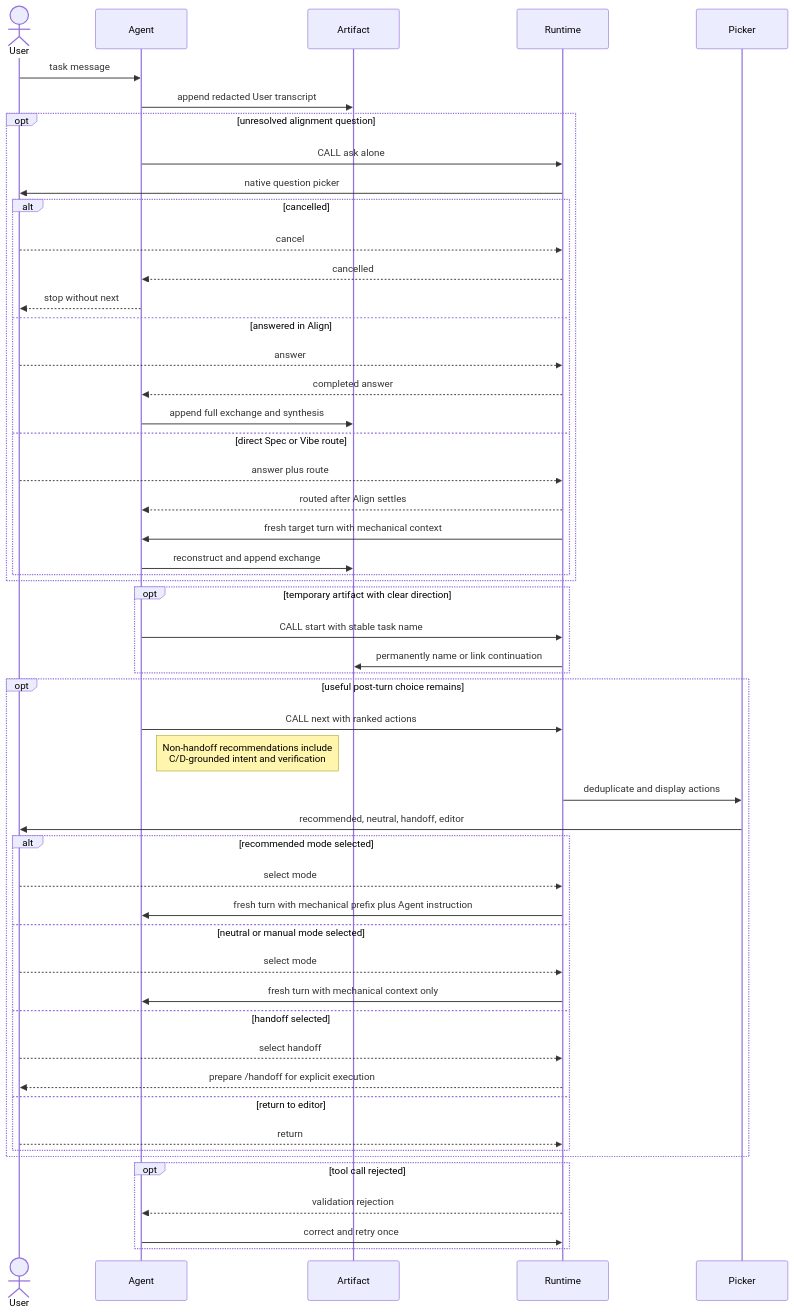
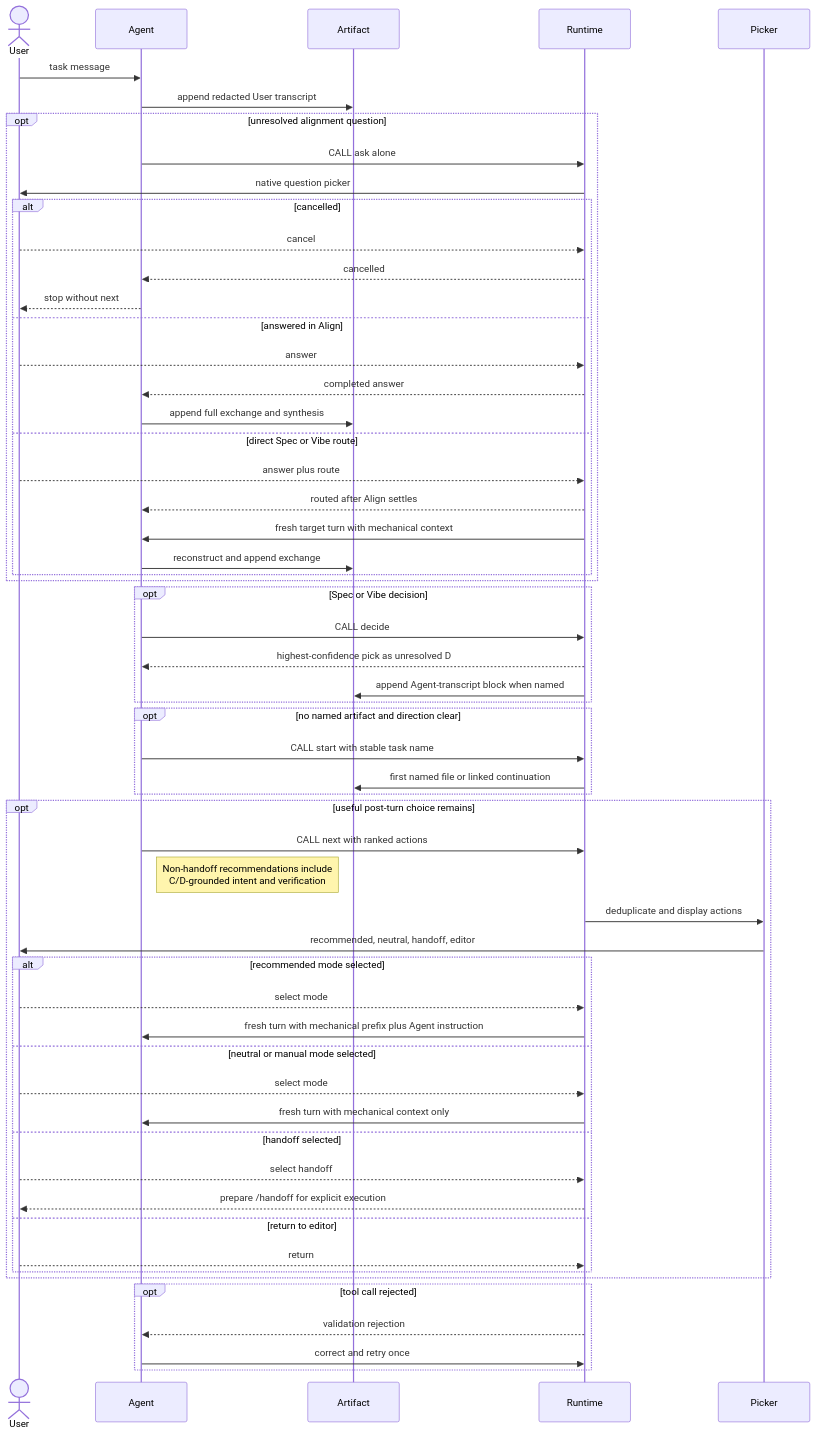
Before and after one commit to dhumdil-apps/pi-director: the tenth of 12 diagrams in docs/AGENT-WORKFLOW-DIAGRAMS.md, drawn with Mermaid. The commit also changed other lines of this file and 12 other files, not shown here.

````diff
--- a/docs/AGENT-WORKFLOW-DIAGRAMS.md
+++ b/docs/AGENT-WORKFLOW-DIAGRAMS.md
@@ -282,59 +282,65 @@
 ```mermaid
 sequenceDiagram
     actor User
     participant Agent
     participant Artifact
     participant Runtime
     participant Picker
 
     User->>Agent: task message
     Agent->>Artifact: append redacted User transcript
 
     opt unresolved alignment question
         Agent->>Runtime: CALL ask alone
         Runtime->>User: native question picker
         alt cancelled
             User-->>Runtime: cancel
             Runtime-->>Agent: cancelled
             Agent-->>User: stop without next
         else answered in Align
             User-->>Runtime: answer
             Runtime-->>Agent: completed answer
             Agent->>Artifact: append full exchange and synthesis
         else direct Spec or Vibe route
             User-->>Runtime: answer plus route
             Runtime-->>Agent: routed after Align settles
             Runtime->>Agent: fresh target turn with mechanical context
             Agent->>Artifact: reconstruct and append exchange
         end
     end
 
-    opt temporary artifact with clear direction
+    opt Spec or Vibe decision
+        Agent->>Runtime: CALL decide
+        Runtime-->>Agent: highest-confidence pick as unresolved D
+        Runtime->>Artifact: append Agent-transcript block when named
+    end
+
+    opt no named artifact and direction clear
         Agent->>Runtime: CALL start with stable task name
-        Runtime->>Artifact: permanently name or link continuation
+        Runtime->>Artifact: first named file or linked continuation
     end
 
     opt useful post-turn choice remains
         Agent->>Runtime: CALL next with ranked actions
         Note right of Agent: Non-handoff recommendations include<br/>C/D-grounded intent and verification
         Runtime->>Picker: deduplicate and display actions
         Picker->>User: recommended, neutral, handoff, editor
         alt recommended mode selected
             User-->>Runtime: select mode
             Runtime->>Agent: fresh turn with mechanical prefix plus Agent instruction
         else neutral or manual mode selected
             User-->>Runtime: select mode
             Runtime->>Agent: fresh turn with mechanical context only
         else handoff selected
             User-->>Runtime: select handoff
             Runtime-->>User: prepare /handoff for explicit execution
         else return to editor
             User-->>Runtime: return
         end
     end
 
     opt tool call rejected
         Runtime-->>Agent: validation rejection
         Agent->>Runtime: correct and retry once
     end
 ```
````
